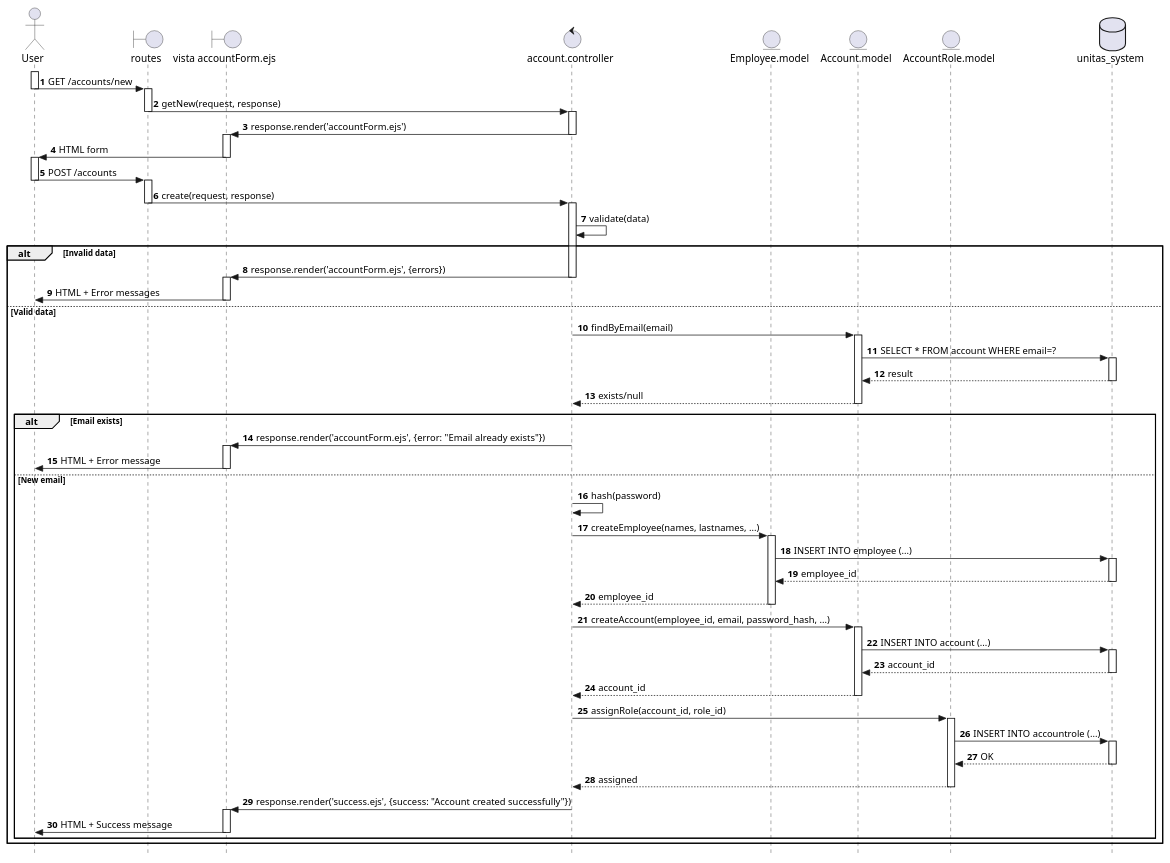
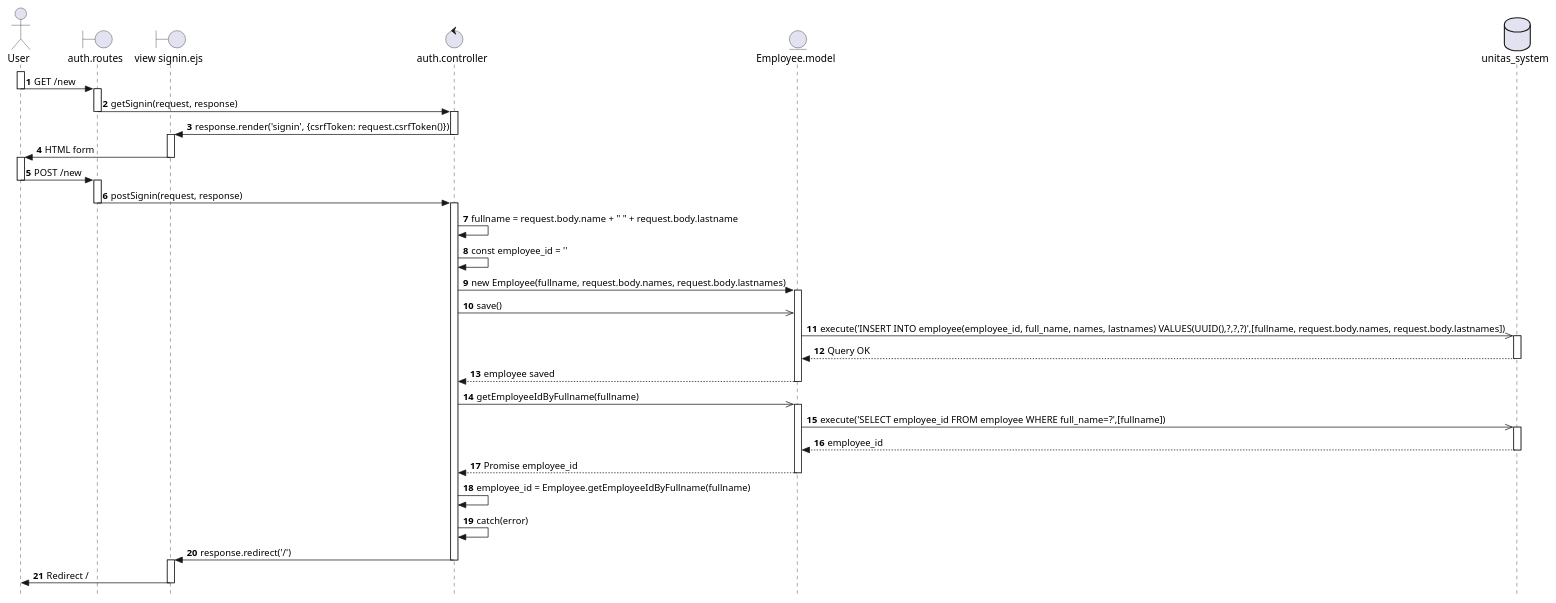
Before and after one commit to Berthou05/LimboSoftwareDevelopment_Change.org: the diagram in documentation/sequence_diagrams/ADMIN-06.puml, drawn with PlantUML.

Commit message:
[DOCS] ADMIN-06 update

```diff
--- a/documentation/sequence_diagrams/ADMIN-06.puml
+++ b/documentation/sequence_diagrams/ADMIN-06.puml
@@ -1,91 +1,58 @@
 @startuml
 skinparam style strictuml
 
 actor User as U
-boundary "routes" as RO
-boundary "vista accountForm.ejs" as V
-control "account.controller" as C
+boundary "auth.routes" as RO
+boundary "view signin.ejs" as V
+control "auth.controller" as C
 entity "Employee.model" as EM
-entity "Account.model" as AM
-entity "AccountRole.model" as ARM
 database "unitas_system" as BD
 autonumber
 activate U
-U -> RO: GET /accounts/new
+U -> RO: GET /new
 deactivate U
     activate RO
-    RO -> C: getNew(request, response)
+    RO -> C: getSignin(request, response)
     deactivate RO
         activate C
-        C -> V: response.render('accountForm.ejs')
+        C -> V: response.render('signin', {csrfToken: request.csrfToken()})
         deactivate C
     activate V
     V -> U: HTML form
     deactivate V
 
 activate U
-U -> RO: POST /accounts
+U -> RO: POST /new
 deactivate U
     activate RO
-    RO -> C: create(request, response)
+    RO -> C: postSignin(request, response)
     deactivate RO
         activate C
-        C -> C: validate(data)
-        alt Invalid data
-            C -> V: response.render('accountForm.ejs', {errors})
-            deactivate C
-                activate V
-                V -> U: HTML + Error messages
-                deactivate V
-        else Valid data
-            C -> AM: findByEmail(email)
-                activate AM
-                AM -> BD: SELECT * FROM account WHERE email=?
+        C -> C: fullname = request.body.name + " " + request.body.lastname
+        C -> C: const employee_id = ''
+        C -> EM: new Employee(fullname, request.body.names, request.body.lastnames)
+            activate EM
+            C ->> EM: save()
+                EM ->> BD: execute('INSERT INTO employee(employee_id, full_name, names, lastnames) VALUES(UUID(),?,?,?)',[fullname, request.body.names, request.body.lastnames])
                     activate BD
-                    BD --> AM: result
+                    BD --> EM: Query OK
                     deactivate BD
-                AM --> C: exists/null
-                deactivate AM
-            alt Email exists
-                C -> V: response.render('accountForm.ejs', {error: "Email already exists"})
-                deactivate C
-                    activate V
-                    V -> U: HTML + Error message
-                    deactivate V
-            else New email
-                C -> C: hash(password)
-                C -> EM: createEmployee(names, lastnames, ...)
-                    activate EM
-                    EM -> BD: INSERT INTO employee (...)
-                        activate BD
-                        BD --> EM: employee_id
-                        deactivate BD
-                    EM --> C: employee_id
-                    deactivate EM
-                C -> AM: createAccount(employee_id, email, password_hash, ...)
-                    activate AM
-                    AM -> BD: INSERT INTO account (...)
-                        activate BD
-                        BD --> AM: account_id
-                        deactivate BD
-                    AM --> C: account_id
-                    deactivate AM
-                C -> ARM: assignRole(account_id, role_id)
-                    activate ARM
-                    ARM -> BD: INSERT INTO accountrole (...)
-                        activate BD
-                        BD --> ARM: OK
-                        deactivate BD
-                    ARM --> C: assigned
-                    deactivate ARM
-                C -> V: response.render('success.ejs', {success: "Account created successfully"})
-                deactivate C
-                    activate V
-                    V -> U: HTML + Success message
-                    deactivate V
-            end
-        end
-
-activate U
+            EM --> C: employee saved
+            deactivate EM
+        C ->> EM: getEmployeeIdByFullname(fullname)
+            activate EM
+            EM ->> BD: execute('SELECT employee_id FROM employee WHERE full_name=?',[fullname])
+                activate BD
+                BD --> EM: employee_id
+                deactivate BD
+            EM --> C: Promise employee_id
+            deactivate EM
+        C -> C: employee_id = Employee.getEmployeeIdByFullname(fullname)
+        C -> C: catch(error)
+        C -> V: response.redirect('/')
+        deactivate C
+    activate V
+    V -> U: Redirect /
+    deactivate V
 
 @enduml
```
